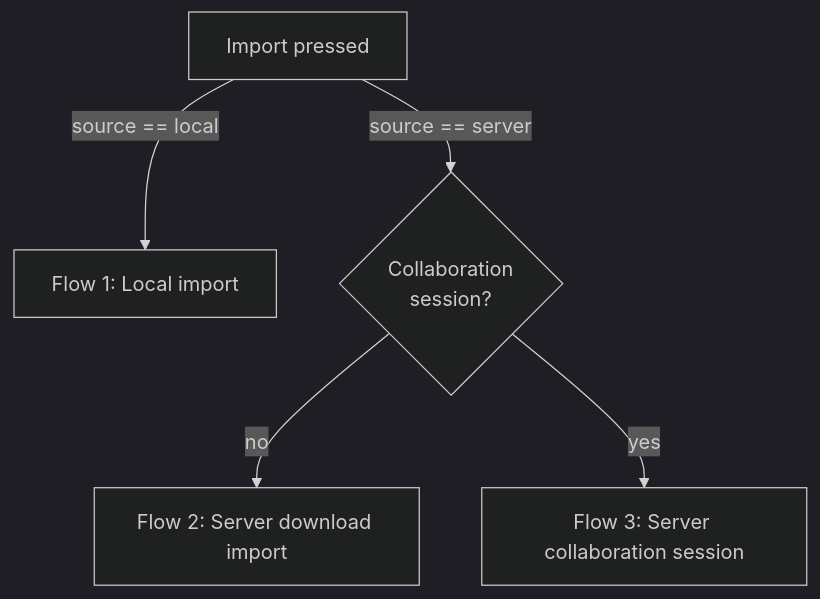
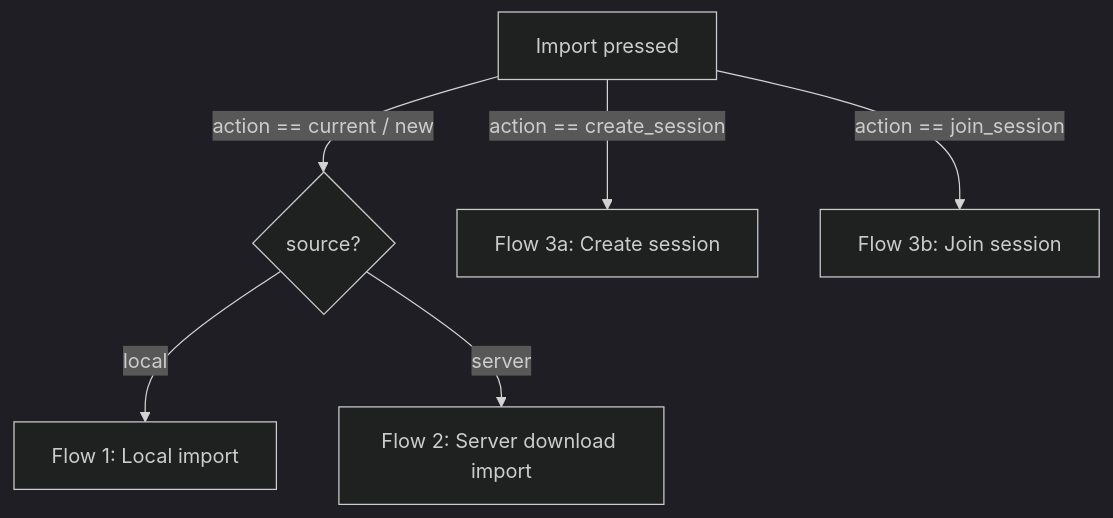
Before and after one commit to Immersive-Data-Center-Management/idtx-flow: the first of 4 diagrams in docs/collab-client/flows.md, drawn with Mermaid (dark theme). The commit also changed other lines of this file and 8 other files, not shown here.

Commit message:
update high-level session flows for create/join session

````diff
--- a/docs/collab-client/flows.md
+++ b/docs/collab-client/flows.md
@@ -10,8 +10,9 @@
 ```mermaid
 graph TB
     IMPORT["Import pressed"]
-    IMPORT -->|source == local| LOCAL["Flow 1: Local import"]
-    IMPORT -->|source == server| SRV{Collaboration<br/>session?}
-    SRV -->|no| DL["Flow 2: Server download import"]
-    SRV -->|yes| SESS["Flow 3: Server collaboration session"]
+    IMPORT -->|action == current / new| DL{source?}
+    DL -->|local| LOCAL["Flow 1: Local import"]
+    DL -->|server| SDL["Flow 2: Server download import"]
+    IMPORT -->|action == create_session| CREATE["Flow 3a: Create session"]
+    IMPORT -->|action == join_session| JOIN["Flow 3b: Join session"]
 ```
````
